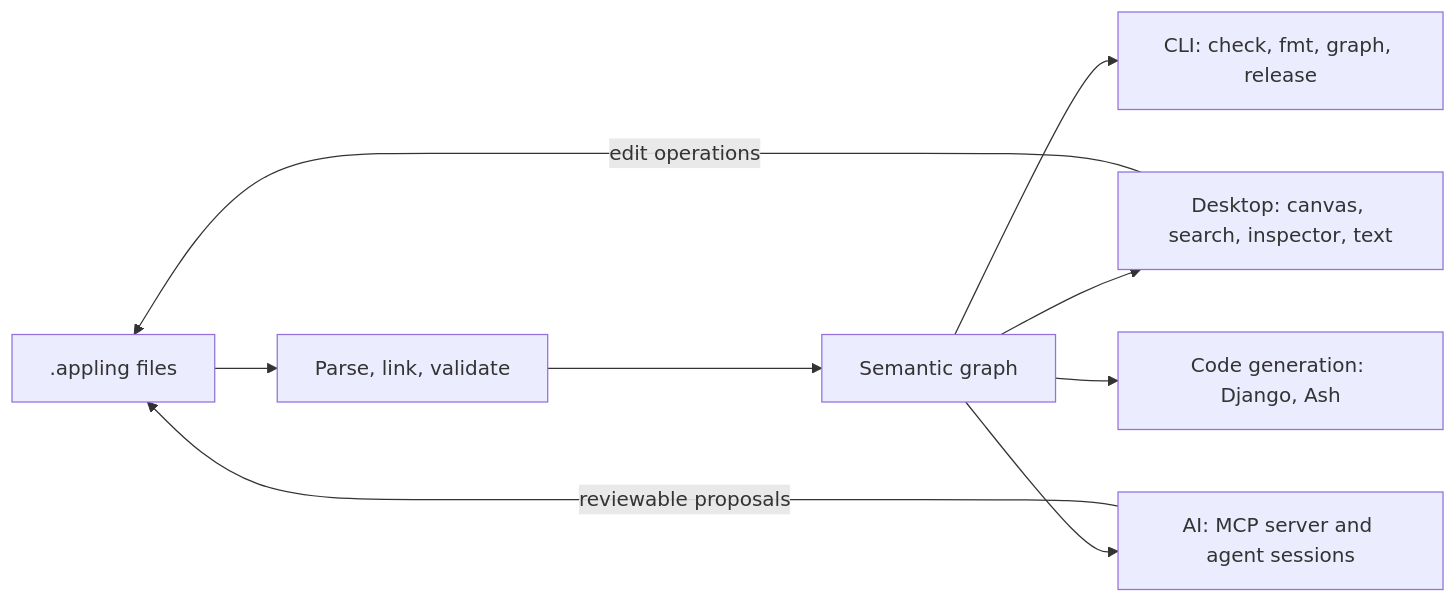
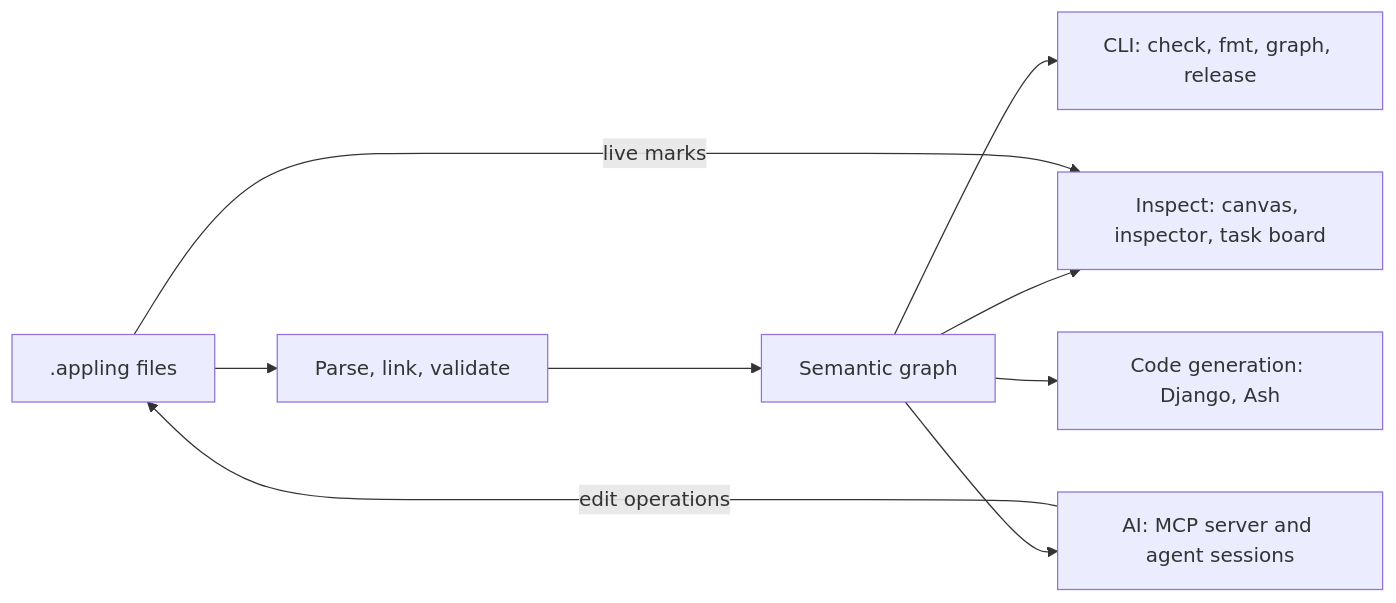
Before and after one commit to alex20465/appling: the diagram in docs/index.md, drawn with Mermaid. The commit also changed other lines of this file and 312 other files, not shown here.

First line of the commit message:
refactor!: turn the ide into the read only @appling/inspect

````diff
--- a/docs/index.md
+++ b/docs/index.md
@@ -36,11 +36,11 @@
 ```mermaid
 flowchart LR
   text[".appling files"] --> lang["Parse, link, validate"]
   lang --> semantic["Semantic graph"]
   semantic --> cli["CLI: check, fmt, graph, release"]
-  semantic --> ide["Desktop: canvas, search, inspector, text"]
+  semantic --> inspect["Inspect: canvas, inspector, task board"]
   semantic --> ai["AI: MCP server and agent sessions"]
   semantic --> gen["Code generation: Django, Ash"]
-  ide -- "edit operations" --> text
-  ai -- "reviewable proposals" --> text
+  ai -- "edit operations" --> text
+  text -- "live marks" --> inspect
 ```
````
